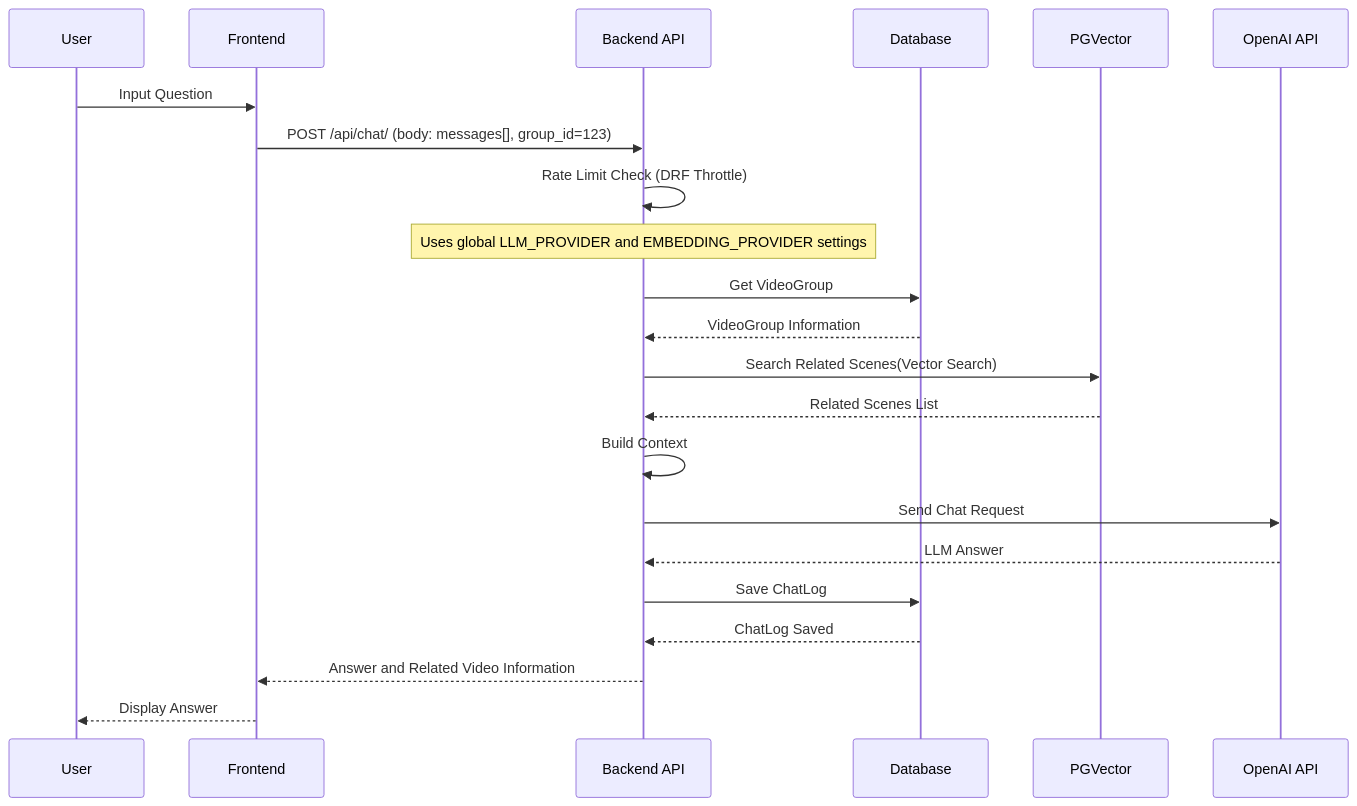
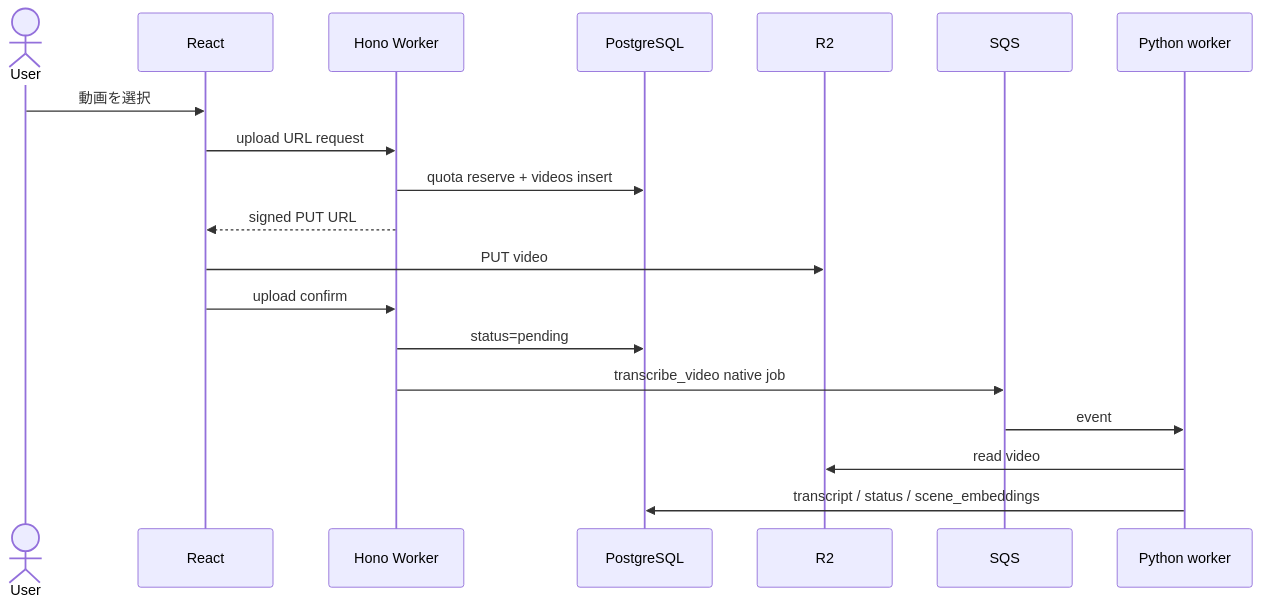
Before and after one commit to yukiharada1228/videoq: the first of 3 diagrams in docs/design/sequence-diagram.md, drawn with Mermaid. The commit also changed other lines of this file and 844 other files, not shown here.

First line of the commit message:
feat: complete Hono-native API cutover

````diff
--- a/docs/design/sequence-diagram.md
+++ b/docs/design/sequence-diagram.md
@@ -67,25 +5,22 @@
 ```mermaid
 sequenceDiagram
-    participant User as User
-    participant Frontend as Frontend
-    participant Backend as Backend API
-    participant DB as Database
-    participant PGVector as PGVector
-    participant OpenAI as OpenAI API
+    actor User
+    participant UI as React
+    participant API as Hono Worker
+    participant DB as PostgreSQL
+    participant R2
+    participant SQS
+    participant Worker as Python worker
 
-    User->>Frontend: Input Question
-    Frontend->>Backend: POST /api/chat/ (body: messages[], group_id=123)
-    Backend->>Backend: Rate Limit Check (DRF Throttle)
-    Note over Backend: Uses global LLM_PROVIDER and EMBEDDING_PROVIDER settings
-    Backend->>DB: Get VideoGroup
-    DB-->>Backend: VideoGroup Information
-    Backend->>PGVector: Search Related Scenes(Vector Search)
-    PGVector-->>Backend: Related Scenes List
-    Backend->>Backend: Build Context
-    Backend->>OpenAI: Send Chat Request
-    OpenAI-->>Backend: LLM Answer
-    Backend->>DB: Save ChatLog
-    DB-->>Backend: ChatLog Saved
-    Backend-->>Frontend: Answer and Related Video Information
-    Frontend-->>User: Display Answer
+    User->>UI: 動画を選択
+    UI->>API: upload URL request
+    API->>DB: quota reserve + videos insert
+    API-->>UI: signed PUT URL
+    UI->>R2: PUT video
+    UI->>API: upload confirm
+    API->>DB: status=pending
+    API->>SQS: transcribe_video native job
+    SQS->>Worker: event
+    Worker->>R2: read video
+    Worker->>DB: transcript / status / scene_embeddings
 ```
````
